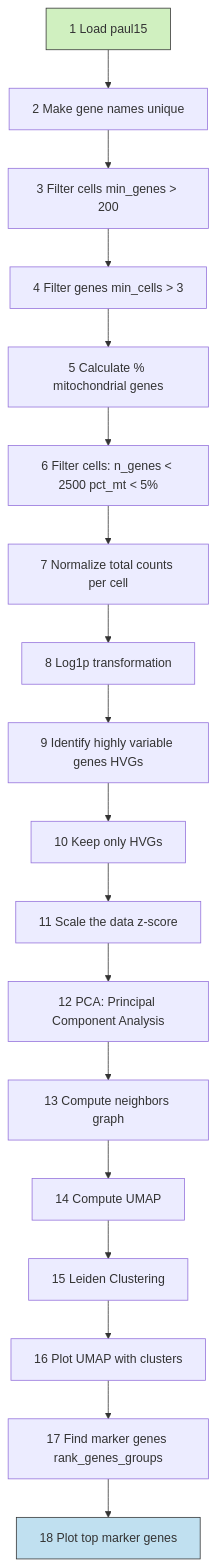
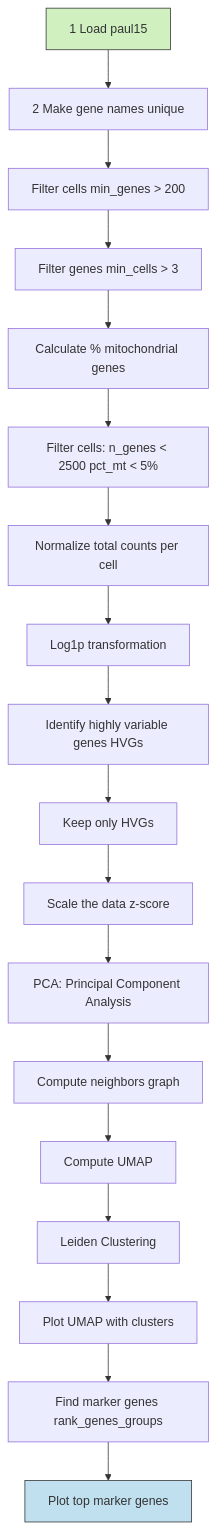
One commit to sergiolitwiniuk85/singleCell changed the diagram in pipe.md. Above: the diagram before and after it, drawn with Mermaid.

````diff
--- a/pipe.md
+++ b/pipe.md
@@ -1,23 +1,23 @@
 ```mermaid
 flowchart TB
     A[1 Load paul15] --> B[2 Make gene names unique]
-    B --> C[3 Filter cells min_genes > 200]
-    C --> D[4 Filter genes min_cells > 3]
-    D --> E[5 Calculate % mitochondrial genes]
-    E --> F[6 Filter cells: n_genes < 2500 pct_mt < 5%]
-    F --> G[7 Normalize total counts per cell]
-    G --> H[8 Log1p transformation]
-    H --> I[9 Identify highly variable genes HVGs]
-    I --> J[10 Keep only HVGs]
-    J --> K[11 Scale the data z-score]
-    K --> L[12 PCA: Principal Component Analysis]
-    L --> M[13 Compute neighbors graph]
-    M --> N[14 Compute UMAP]
-    N --> O[15 Leiden Clustering]
-    O --> P[16 Plot UMAP with clusters]
-    P --> Q[17 Find marker genes rank_genes_groups]
-    Q --> R[18 Plot top marker genes]
+    B --> C[Filter cells min_genes > 200]
+    C --> D[Filter genes min_cells > 3]
+    D --> E[Calculate % mitochondrial genes]
+    E --> F[Filter cells: n_genes < 2500 pct_mt < 5%]
+    F --> G[Normalize total counts per cell]
+    G --> H[Log1p transformation]
+    H --> I[Identify highly variable genes HVGs]
+    I --> J[Keep only HVGs]
+    J --> K[Scale the data z-score]
+    K --> L[PCA: Principal Component Analysis]
+    L --> M[Compute neighbors graph]
+    M --> N[Compute UMAP]
+    N --> O[Leiden Clustering]
+    O --> P[Plot UMAP with clusters]
+    P --> Q[Find marker genes rank_genes_groups]
+    Q --> R[Plot top marker genes]
 
     style A fill:#d0f0c0,stroke:#333
     style R fill:#c0e0f0,stroke:#333
 ```
````
